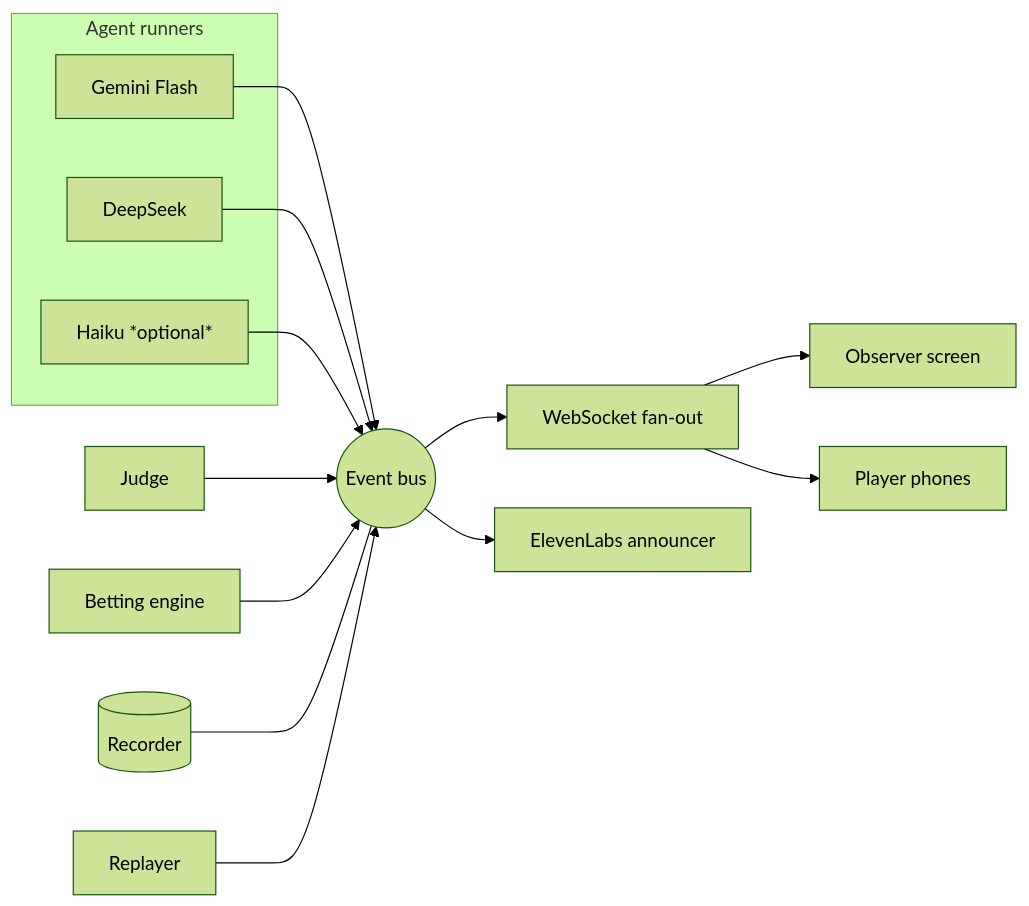
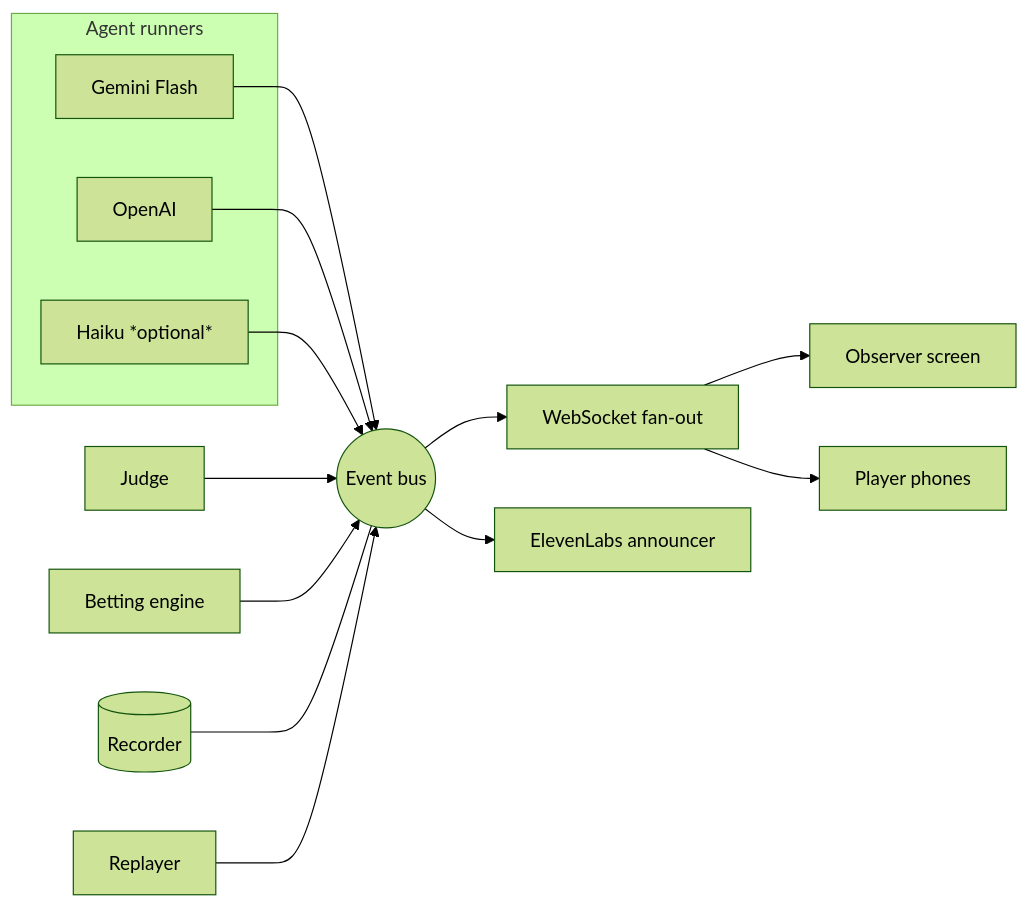
Before and after one commit to RHACKS12/vault-heist: the diagram in DESIGN.md, drawn with Mermaid (forest theme). The commit also changed other lines of this file and 51 other files, not shown here.

First line of the commit message:
Milestone 3b: wire real provider adapters; swap OpenAI in for DeepSeek

````diff
--- a/DESIGN.md
+++ b/DESIGN.md
@@ -65,17 +65,17 @@
 ```mermaid
 flowchart LR
   subgraph Crew [Agent runners]
     A1[Gemini Flash]
-    A2[DeepSeek]
+    A2[OpenAI]
     A3[Haiku *optional*]
   end
   A1 & A2 & A3 --> BUS((Event bus))
   JUDGE[Judge] --> BUS
   BET[Betting engine] --> BUS
   BUS --> WS[WebSocket fan-out]
   WS --> OBS[Observer screen]
   WS --> PLY[Player phones]
   BUS --> TTS[ElevenLabs announcer]
   REC[(Recorder)] --- BUS
   REPLAY[Replayer] --> BUS
 ```
````
